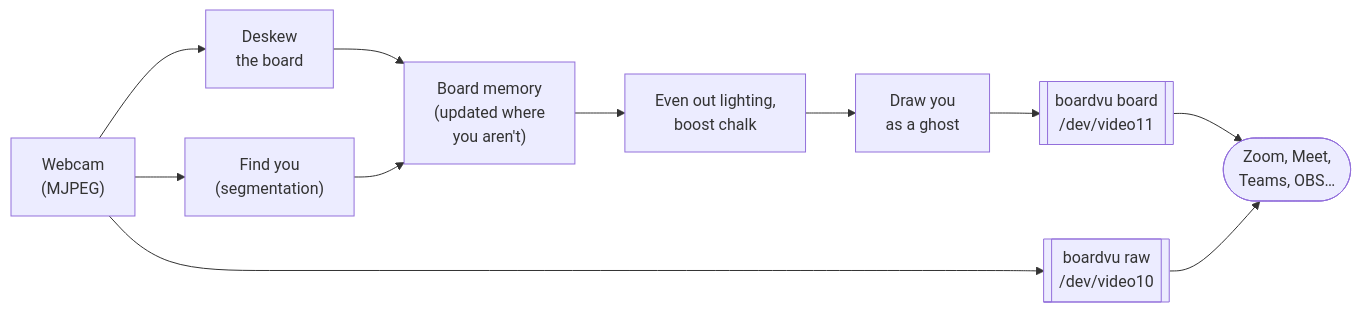
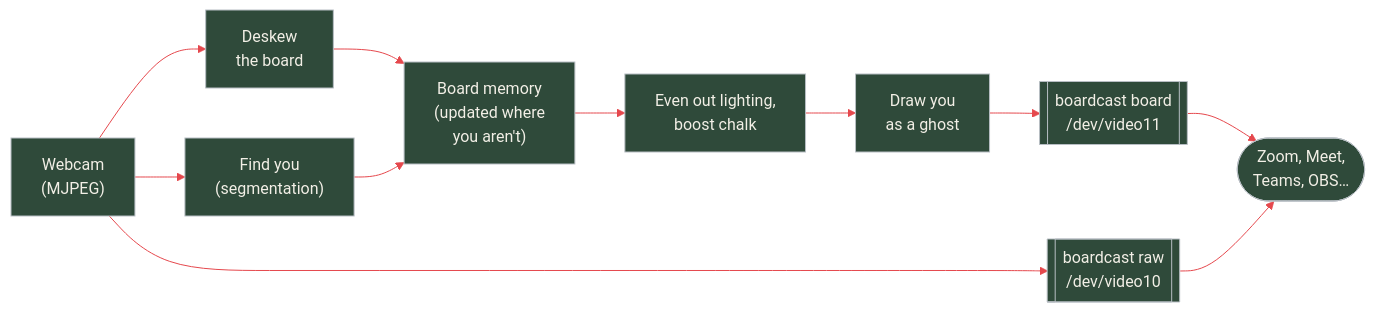
Before and after one commit to WillMatthews/boardcast: the diagram in README.md, drawn with Mermaid. The commit also changed other lines of this file and 22 other files, not shown here.

````diff
--- a/README.md
+++ b/README.md
@@ -20,13 +21,14 @@
 ```mermaid
+%%{init: {"theme": "base", "themeVariables": {"primaryColor": "#2F4A3A", "primaryTextColor": "#F2EFE6", "primaryBorderColor": "#B8BEC4", "lineColor": "#E5484D", "fontFamily": "Space Grotesk, Inter, sans-serif"}}}%%
 flowchart LR
     cam["Webcam<br/>(MJPEG)"] --> deskew["Deskew<br/>the board"]
     cam --> seg["Find you<br/>(segmentation)"]
     deskew --> mem["Board memory<br/>(updated where<br/>you aren't)"]
     seg --> mem
     mem --> enh["Even out lighting,<br/>boost chalk"]
     enh --> ghost["Draw you<br/>as a ghost"]
-    ghost --> board[["boardvu board<br/>/dev/video11"]]
-    cam --> raw[["boardvu raw<br/>/dev/video10"]]
+    ghost --> board[["boardcast board<br/>/dev/video11"]]
+    cam --> raw[["boardcast raw<br/>/dev/video10"]]
     board --> app(["Zoom, Meet,<br/>Teams, OBS…"])
     raw --> app
 ```
````
